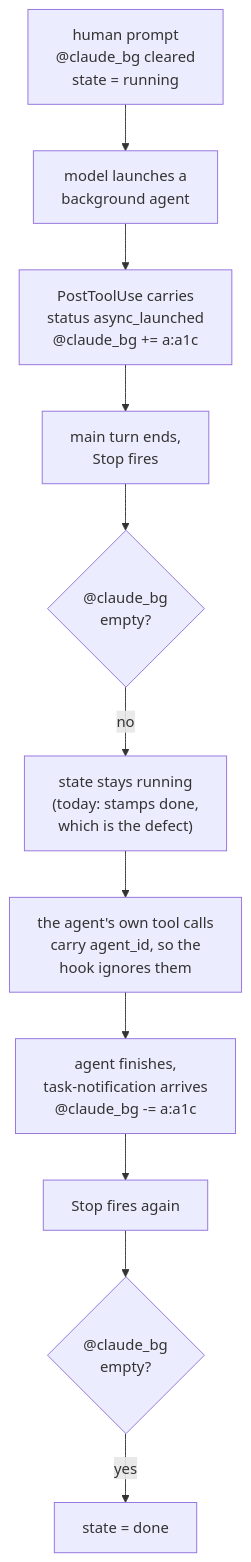
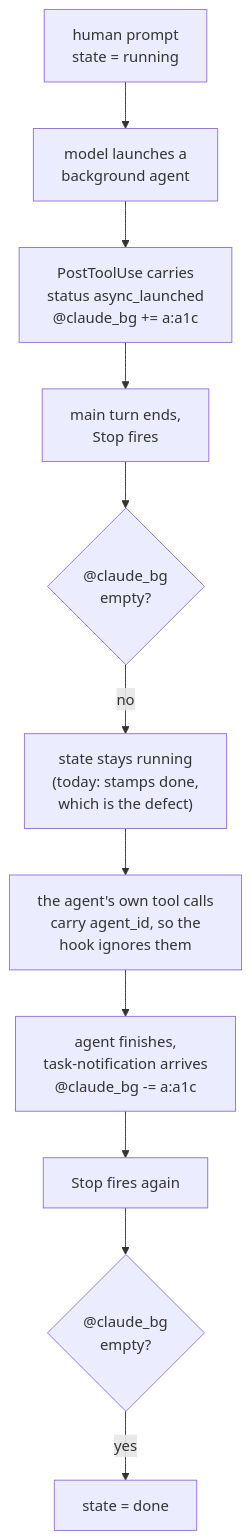
One commit to ViktorBarzin/terminal-lobby changed the diagram in docs/plans/2026-09-04-background-work-session-state-design.md. Above: the diagram before and after it, drawn with Mermaid. The commit also changed other lines of this file and 10 other files, not shown here.

````diff
--- a/docs/plans/2026-09-04-background-work-session-state-design.md
+++ b/docs/plans/2026-09-04-background-work-session-state-design.md
@@ -97,13 +97,13 @@
 ```mermaid
 flowchart TD
-    A["human prompt<br/>@claude_bg cleared<br/>state = running"] --> B["model launches a<br/>background agent"]
+    A["human prompt<br/>state = running"] --> B["model launches a<br/>background agent"]
     B --> C["PostToolUse carries<br/>status async_launched<br/>@claude_bg += a:a1c"]
     C --> D["main turn ends,<br/>Stop fires"]
     D --> E{"@claude_bg<br/>empty?"}
     E -- no --> F["state stays running<br/>(today: stamps done,<br/>which is the defect)"]
     F --> G["the agent's own tool calls<br/>carry agent_id, so the<br/>hook ignores them"]
     G --> H["agent finishes,<br/>task-notification arrives<br/>@claude_bg -= a:a1c"]
     H --> I["Stop fires again"]
     I --> J{"@claude_bg<br/>empty?"}
     J -- yes --> K["state = done"]
 ```
````
